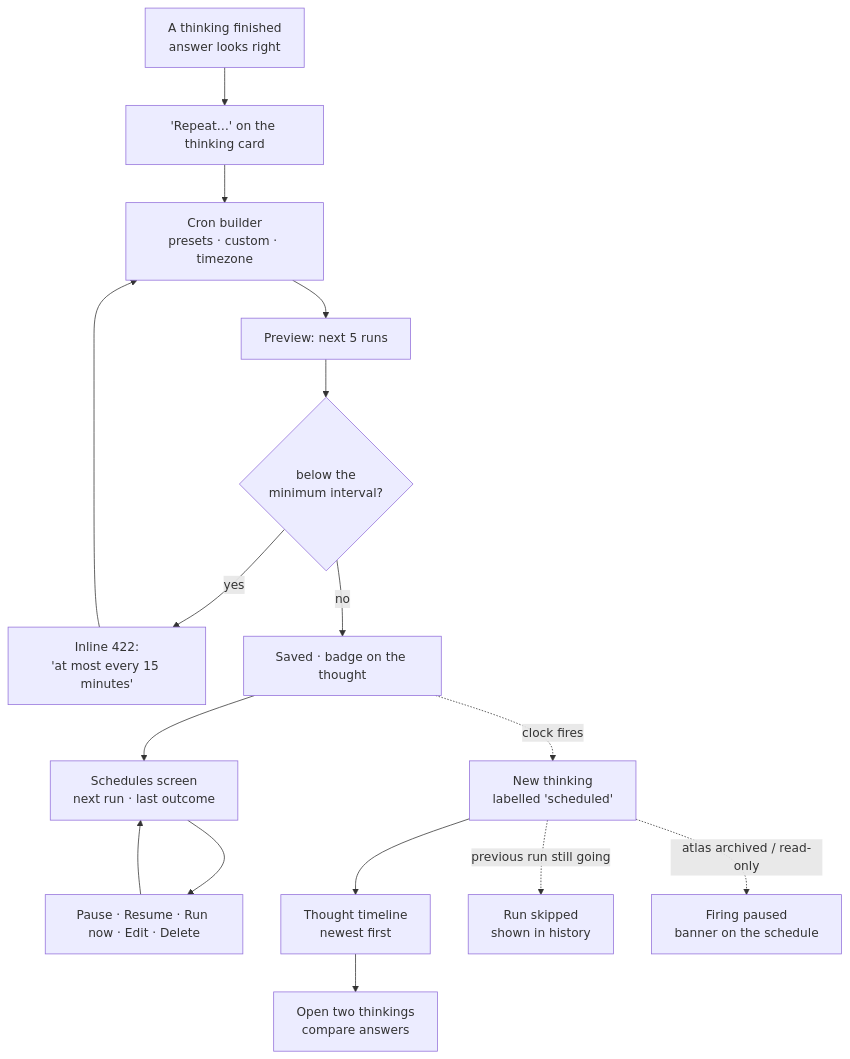
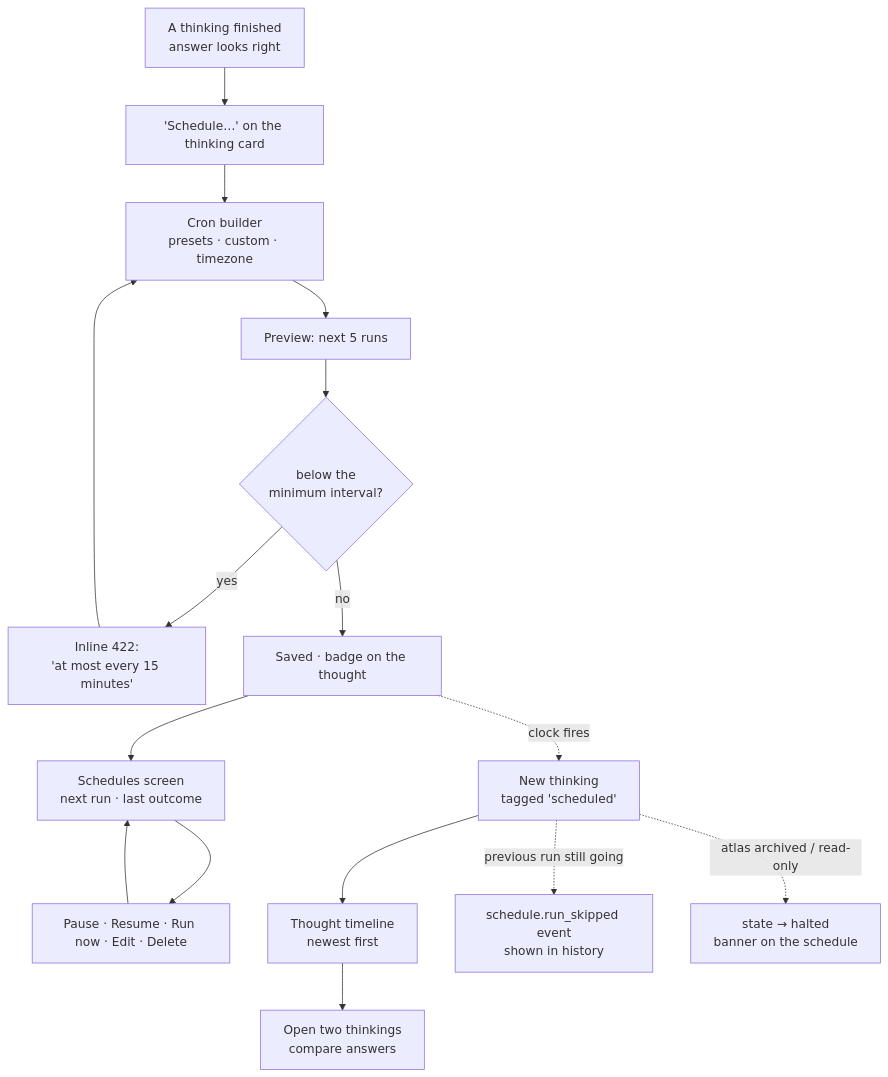
Before and after one commit to invana/invana: the ninth of 10 diagrams in docs/internal/mvp/studio.md, drawn with Mermaid. The commit also changed other lines of this file and 5 other files, not shown here.

````diff
--- a/docs/internal/mvp/studio.md
+++ b/docs/internal/mvp/studio.md
@@ -344,18 +347,18 @@
 ```mermaid
 flowchart TD
-    DONE["A thinking finished<br/>answer looks right"] --> REP["'Repeat…' on the thinking card"]
+    DONE["A thinking finished<br/>answer looks right"] --> REP["'Schedule…' on the thinking card"]
     REP --> BUILD["Cron builder<br/>presets · custom · timezone"]
     BUILD --> PRE["Preview: next 5 runs"]
     PRE --> V{"below the<br/>minimum interval?"}
     V -->|yes| ERR["Inline 422:<br/>'at most every 15 minutes'"]
     ERR --> BUILD
     V -->|no| SAVE["Saved · badge on the thought"]
     SAVE --> LIST["Schedules screen<br/>next run · last outcome"]
     LIST --> ACT["Pause · Resume · Run now · Edit · Delete"]
     ACT --> LIST
-    SAVE -.->|clock fires| NEWTHK["New thinking<br/>labelled 'scheduled'"]
+    SAVE -.->|clock fires| NEWTHK["New thinking<br/>tagged 'scheduled'"]
     NEWTHK --> TL["Thought timeline<br/>newest first"]
     TL --> DIFF["Open two thinkings<br/>compare answers"]
-    NEWTHK -.->|"previous run still going"| SKIP["Run skipped<br/>shown in history"]
-    NEWTHK -.->|"atlas archived / read-only"| HALT["Firing paused<br/>banner on the schedule"]
+    NEWTHK -.->|"previous run still going"| SKIP["schedule.run_skipped event<br/>shown in history"]
+    NEWTHK -.->|"atlas archived / read-only"| HALT["state → halted<br/>banner on the schedule"]
 ```
````
